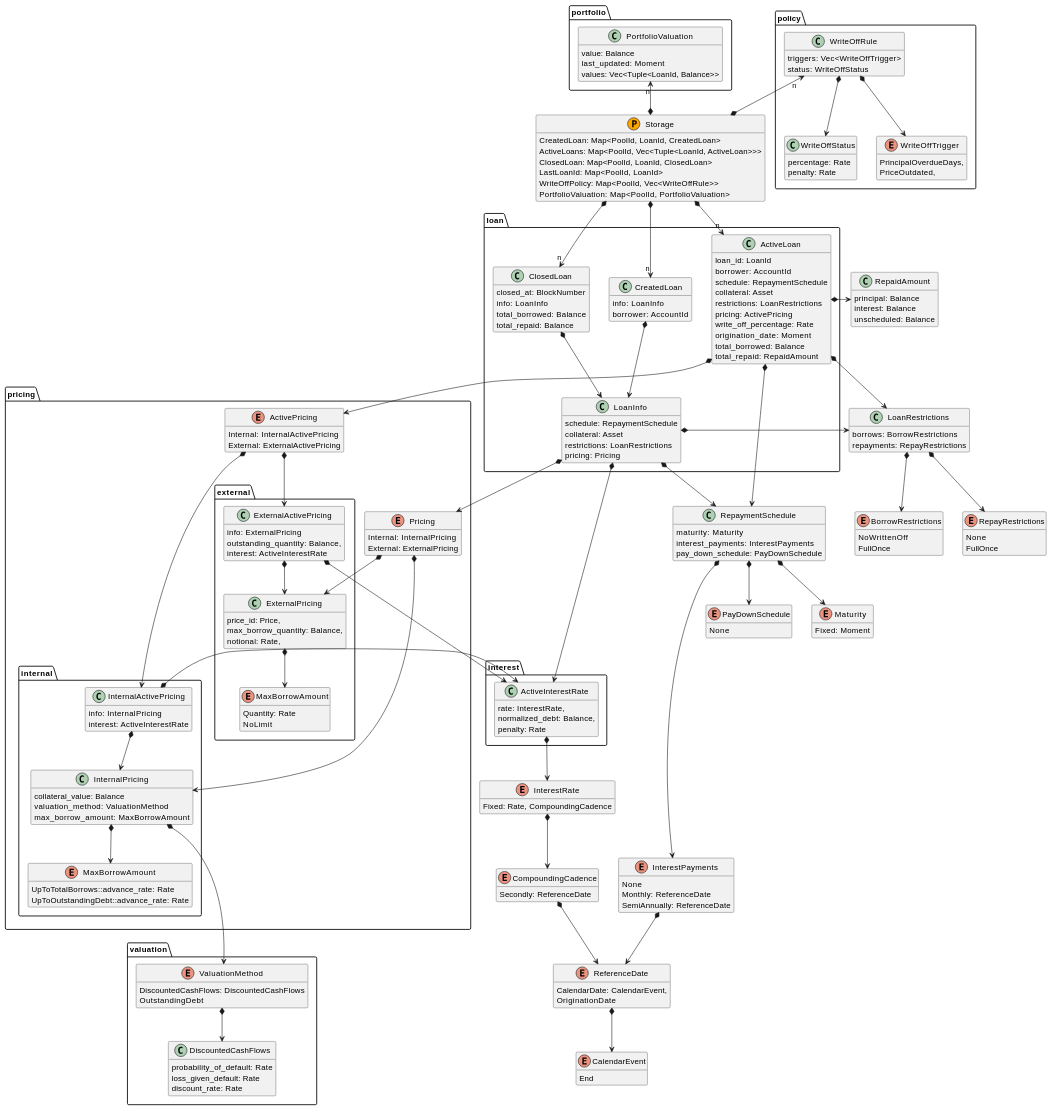
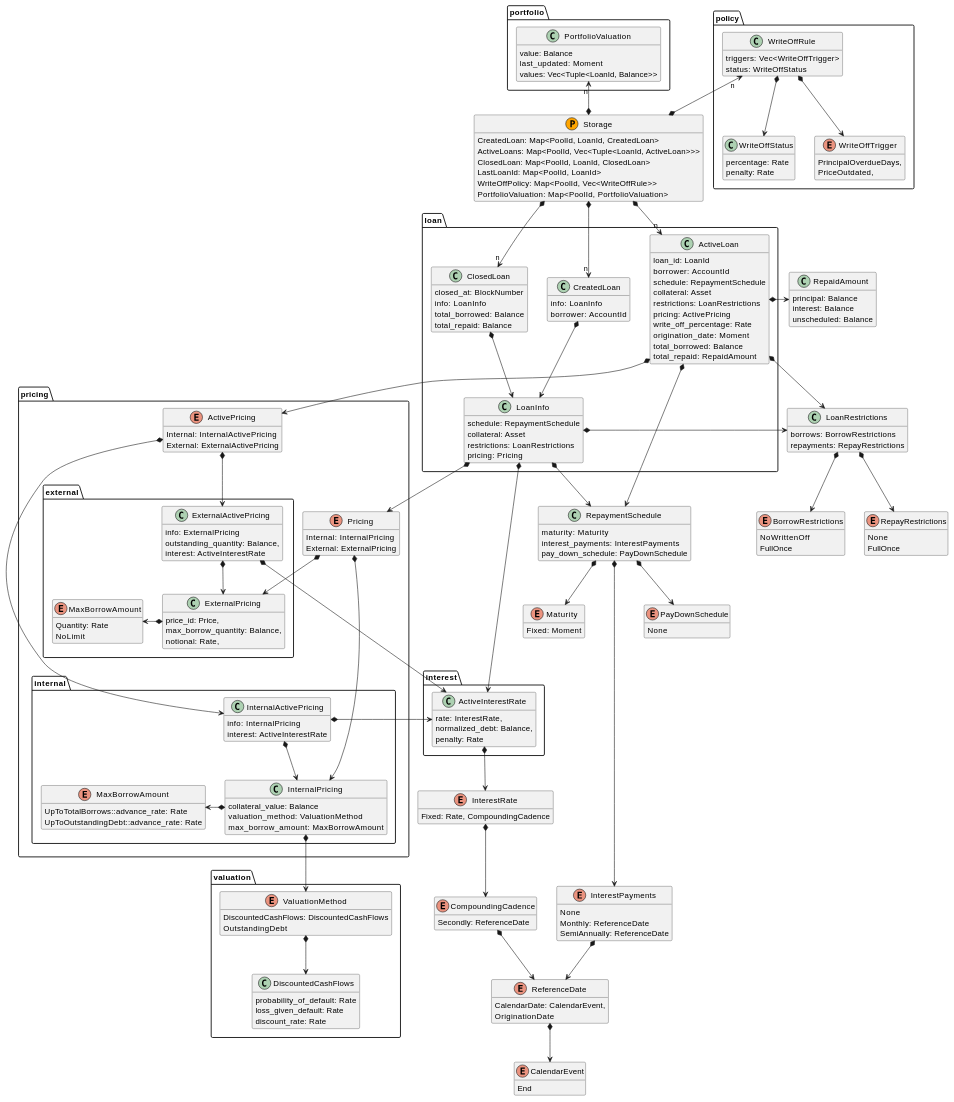
One commit to centrifuge/centrifuge-chain changed the diagram in pallets/loans/docs/types.md. Above: the diagram before and after it, drawn with PlantUML.

Commit message:
minor diagram layout change

```diff
--- a/pallets/loans/docs/types.md
+++ b/pallets/loans/docs/types.md
@@ -143,8 +143,8 @@
             max_borrow_amount: MaxBorrowAmount
         }
 
-        InternalPricing *--> MaxBorrowAmount
-        InternalPricing *-d--> valuation::ValuationMethod
+        InternalPricing *-l-> MaxBorrowAmount
+        InternalPricing *-d-> valuation::ValuationMethod
 
         class InternalActivePricing {
             info: InternalPricing
@@ -167,7 +167,7 @@
             notional: Rate,
         }
 
-        ExternalPricing *--> MaxBorrowAmount
+        ExternalPricing *-l-> MaxBorrowAmount
 
         class ExternalActivePricing {
             info: ExternalPricing
```
